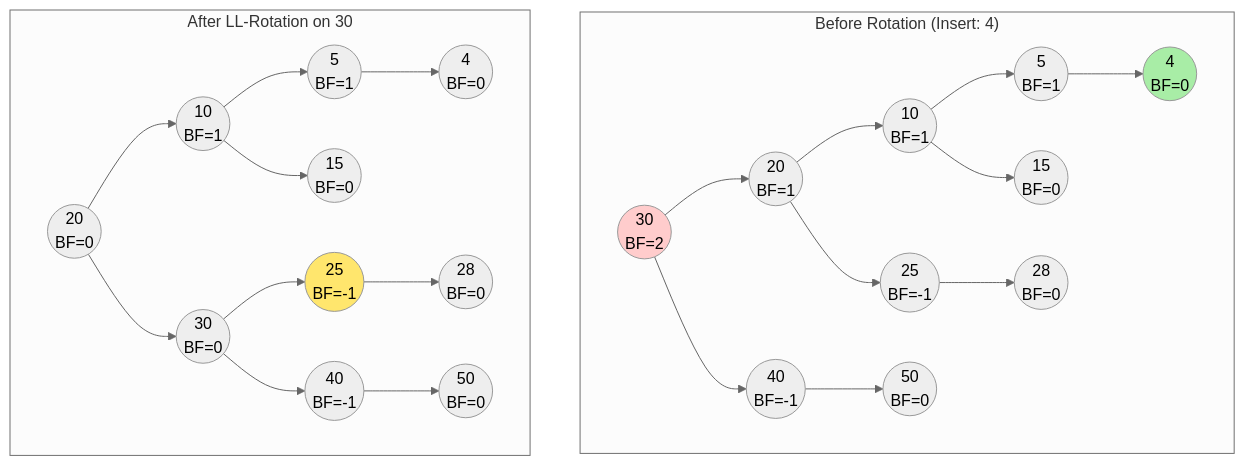
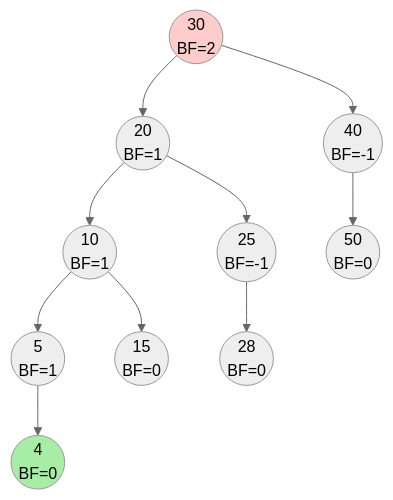
The eighth of 13 diagrams in tree/17_avl_trees.md (ARYAN-KUMAR-22/dsa), drawn with Mermaid (neutral theme) before and after one commit. The commit also changed other lines of this file, not shown here.

````diff
--- a/tree/17_avl_trees.md
+++ b/tree/17_avl_trees.md
@@ -361,33 +366,15 @@
 ```mermaid
 graph TD
-    subgraph Before_Rotation_4 ["Before Rotation (Insert: 4)"]
-        30((30<br>BF=2)) --> 20((20<br>BF=1))
-        30 --> 40((40<br>BF=-1))
-        20 --> 10((10<br>BF=1))
-        20 --> 25((25<br>BF=-1))
-        10 --> 5((5<br>BF=1))
-        10 --> 15((15<br>BF=0))
-        5 --> 4((4<br>BF=0))
-        40 --> 50((50<br>BF=0))
-        25 --> 28((28<br>BF=0))
-        
-        style 30 fill:#ffcccc
-        style 4 fill:#a8eda6
-    end
+    30((30<br>BF=2)) --> 20((20<br>BF=1))
+    30 --> 40((40<br>BF=-1))
+    20 --> 10((10<br>BF=1))
+    20 --> 25((25<br>BF=-1))
+    10 --> 5((5<br>BF=1))
+    10 --> 15((15<br>BF=0))
+    5 --> 4((4<br>BF=0))
+    40 --> 50((50<br>BF=0))
+    25 --> 28((28<br>BF=0))
     
-    subgraph After_LL_Rotation_on_30 ["After LL-Rotation on 30"]
-        20_new((20<br>BF=0)) --> 10_new((10<br>BF=1))
-        20_new --> 30_new((30<br>BF=0))
-        10_new --> 5_new((5<br>BF=1))
-        10_new --> 15_new((15<br>BF=0))
-        5_new --> 4_new((4<br>BF=0))
-        
-        30_new --> 25_new((25<br>BF=-1))
-        30_new --> 40_new((40<br>BF=-1))
-        
-        25_new --> 28_new((28<br>BF=0))
-        40_new --> 50_new((50<br>BF=0))
-        
-        style 25_new fill:#ffe66d
-    end
+    style 30 fill:#ffcccc
+    style 4 fill:#a8eda6
 ```
````
